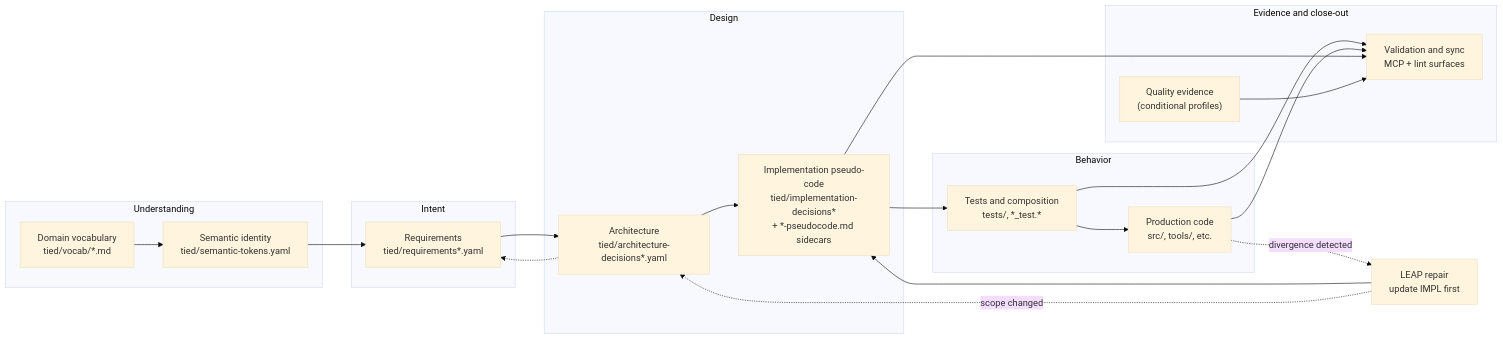
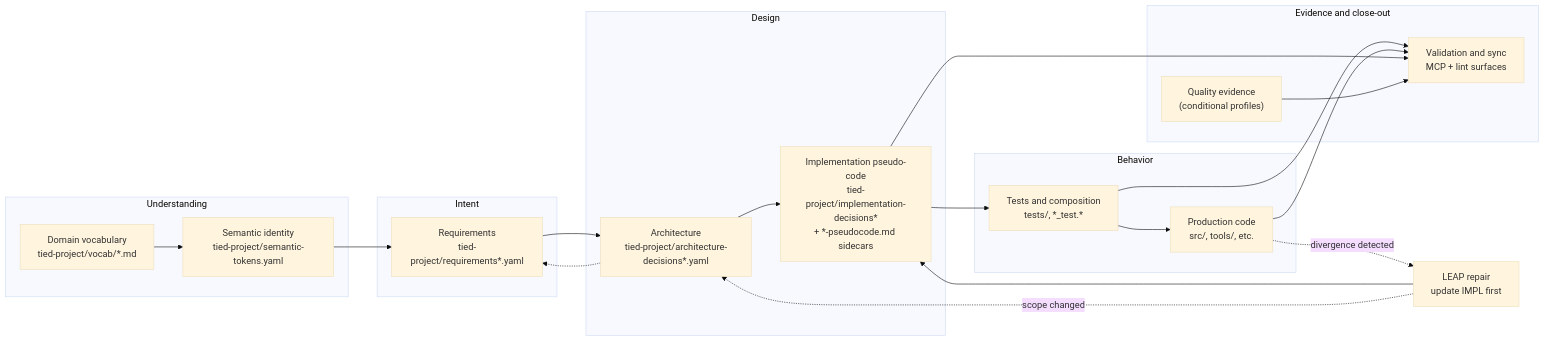
The diagram in docs/tied-value-proposition-matrix.md (fareedst/tied), drawn with Mermaid (base theme) before and after one commit. The commit also changed other lines of this file and 123 other files, not shown here.

````diff
--- a/docs/tied-value-proposition-matrix.md
+++ b/docs/tied-value-proposition-matrix.md
@@ -29,32 +29,32 @@
 ```mermaid
 flowchart LR
     subgraph understand ["Understanding"]
-        Vocab["Domain vocabulary\ntied/vocab/*.md"]
-        Tokens["Semantic identity\ntied/semantic-tokens.yaml"]
+        Vocab["Domain vocabulary\ntied-project/vocab/*.md"]
+        Tokens["Semantic identity\ntied-project/semantic-tokens.yaml"]
     end
     subgraph intent ["Intent"]
-        REQ["Requirements\ntied/requirements*.yaml"]
+        REQ["Requirements\ntied-project/requirements*.yaml"]
     end
     subgraph design ["Design"]
-        ARCH["Architecture\ntied/architecture-decisions*.yaml"]
-        IMPL["Implementation pseudo-code\ntied/implementation-decisions*\n+ *-pseudocode.md sidecars"]
+        ARCH["Architecture\ntied-project/architecture-decisions*.yaml"]
+        IMPL["Implementation pseudo-code\ntied-project/implementation-decisions*\n+ *-pseudocode.md sidecars"]
     end
     subgraph behavior ["Behavior"]
         Tests["Tests and composition\ntests/, *_test.*"]
         Code["Production code\nsrc/, tools/, etc."]
     end
     subgraph evidence ["Evidence and close-out"]
         QA["Quality evidence\n(conditional profiles)"]
         Val["Validation and sync\nMCP + lint surfaces"]
     end
     Vocab --> Tokens --> REQ --> ARCH --> IMPL
     IMPL --> Tests --> Code
     Tests --> Val
     Code --> Val
     IMPL --> Val
     QA --> Val
     Code -.->|"divergence detected"| LEAP["LEAP repair\nupdate IMPL first"]
     LEAP --> IMPL
     LEAP -.->|"scope changed"| ARCH
     ARCH -.-> REQ
 ```
````
